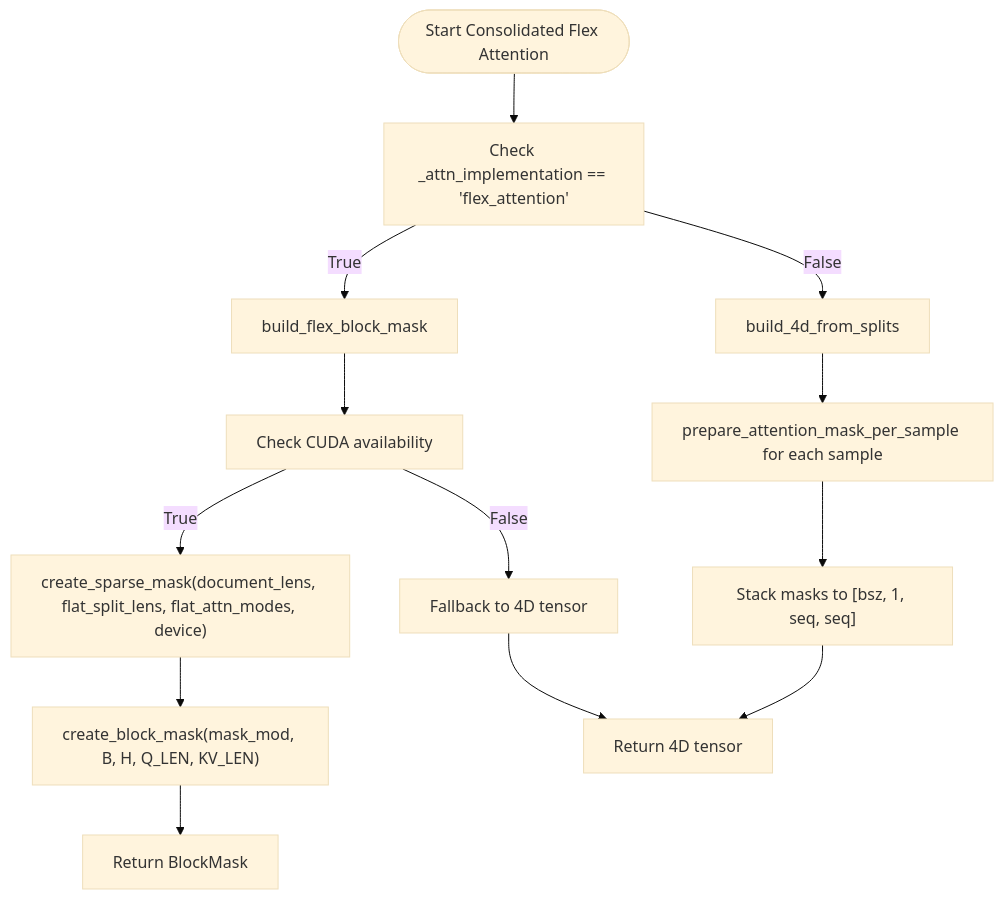
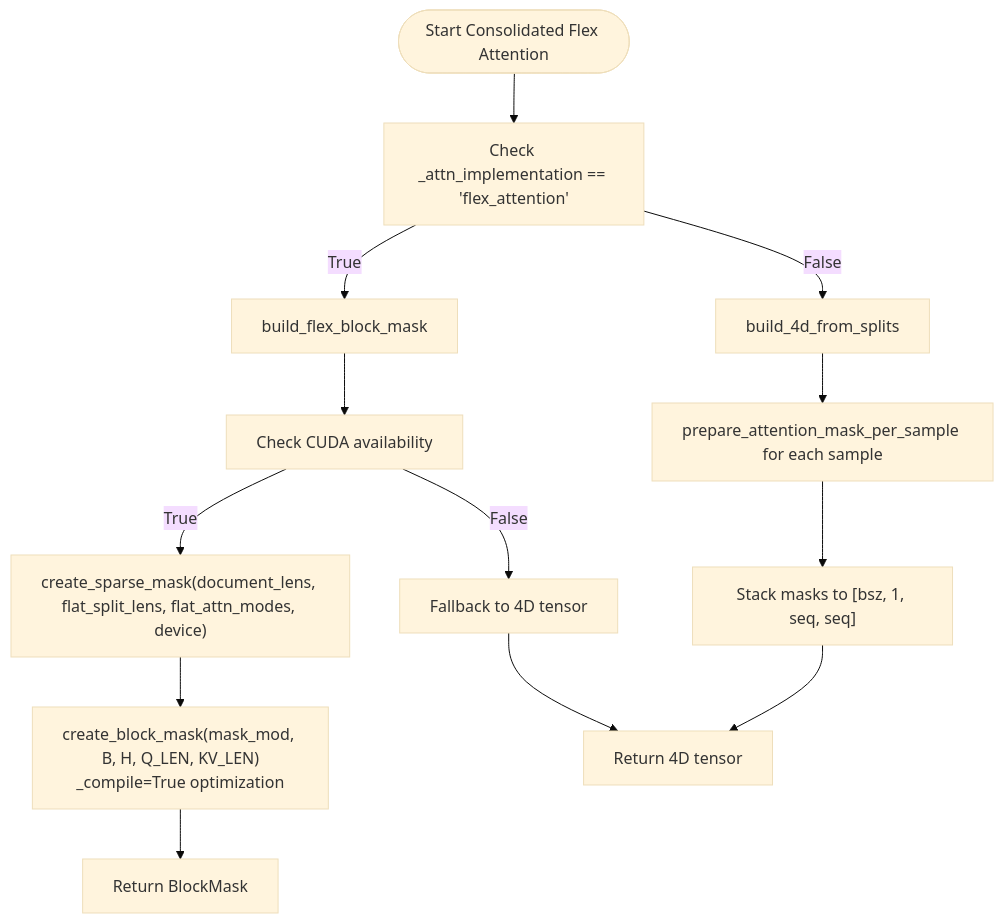
The sixth of 12 diagrams in .qoder/repowiki/en/content/Utility Functions/Attention Mask Utilities.md (alibaba/graph-gpt), drawn with Mermaid (base theme) before and after one commit. The commit also changed other lines of this file and 6 other files, not shown here.

````diff
--- a/.qoder/repowiki/en/content/Utility Functions/Attention Mask Utilities.md
+++ b/.qoder/repowiki/en/content/Utility Functions/Attention Mask Utilities.md
@@ -413,15 +410,15 @@
 ```mermaid
 flowchart TD
 Start(["Start Consolidated Flex Attention"]) --> CheckImpl["Check _attn_implementation == 'flex_attention'"]
 CheckImpl --> |True| BuildBlock["build_flex_block_mask"]
 CheckImpl --> |False| Build4D["build_4d_from_splits"]
 BuildBlock --> CheckCUDA["Check CUDA availability"]
 CheckCUDA --> |True| CreateMask["create_sparse_mask(document_lens, flat_split_lens, flat_attn_modes, device)"]
 CheckCUDA --> |False| Fallback["Fallback to 4D tensor"]
-CreateMask --> CreateBlock["create_block_mask(mask_mod, B, H, Q_LEN, KV_LEN)"]
+CreateMask --> CreateBlock["create_block_mask(mask_mod, B, H, Q_LEN, KV_LEN)<br/>_compile=True optimization"]
 CreateBlock --> ReturnBlock["Return BlockMask"]
 Fallback --> Return4D["Return 4D tensor"]
 Build4D --> PerSample["prepare_attention_mask_per_sample for each sample"]
 PerSample --> StackMasks["Stack masks to [bsz, 1, seq, seq]"]
 StackMasks --> Return4D
 ```
````
